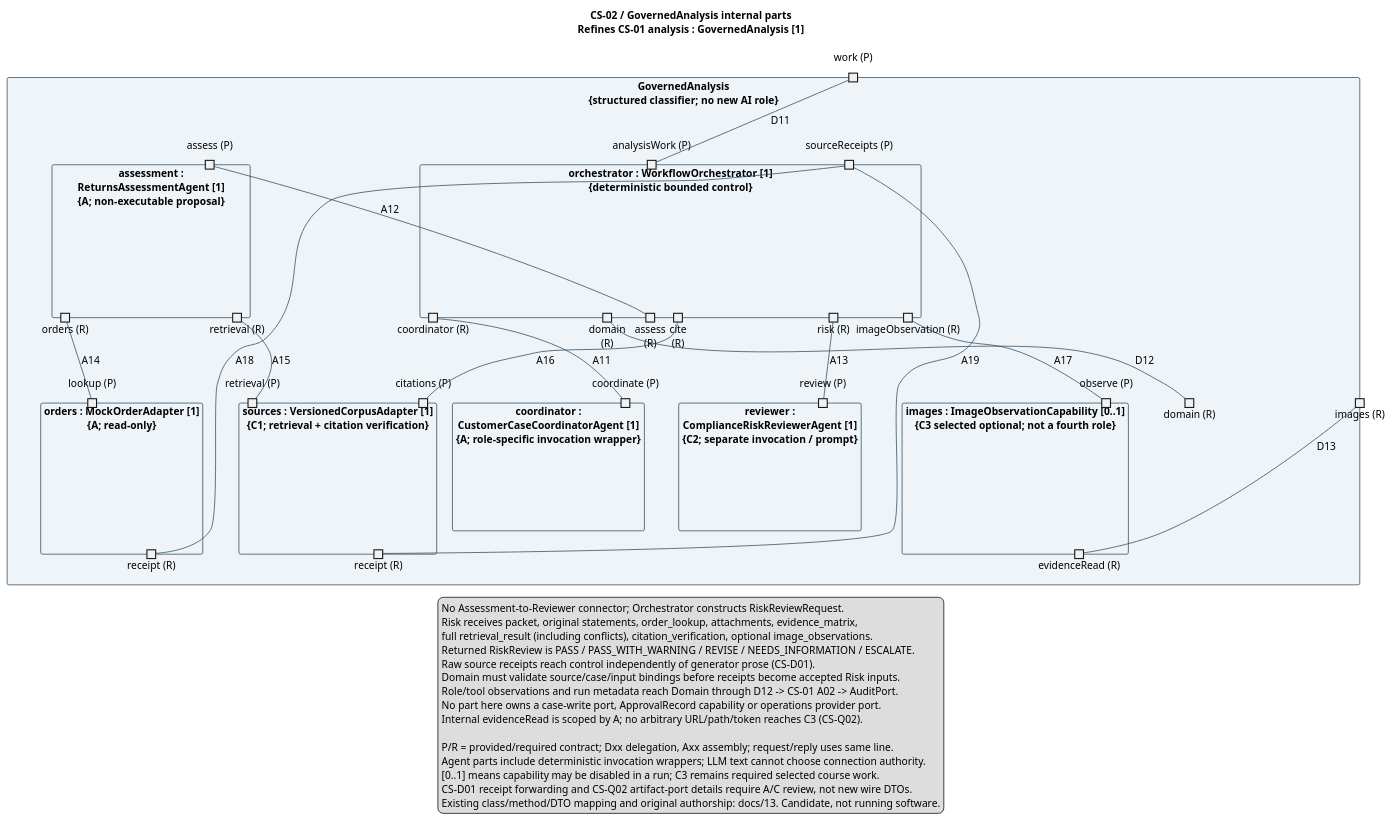
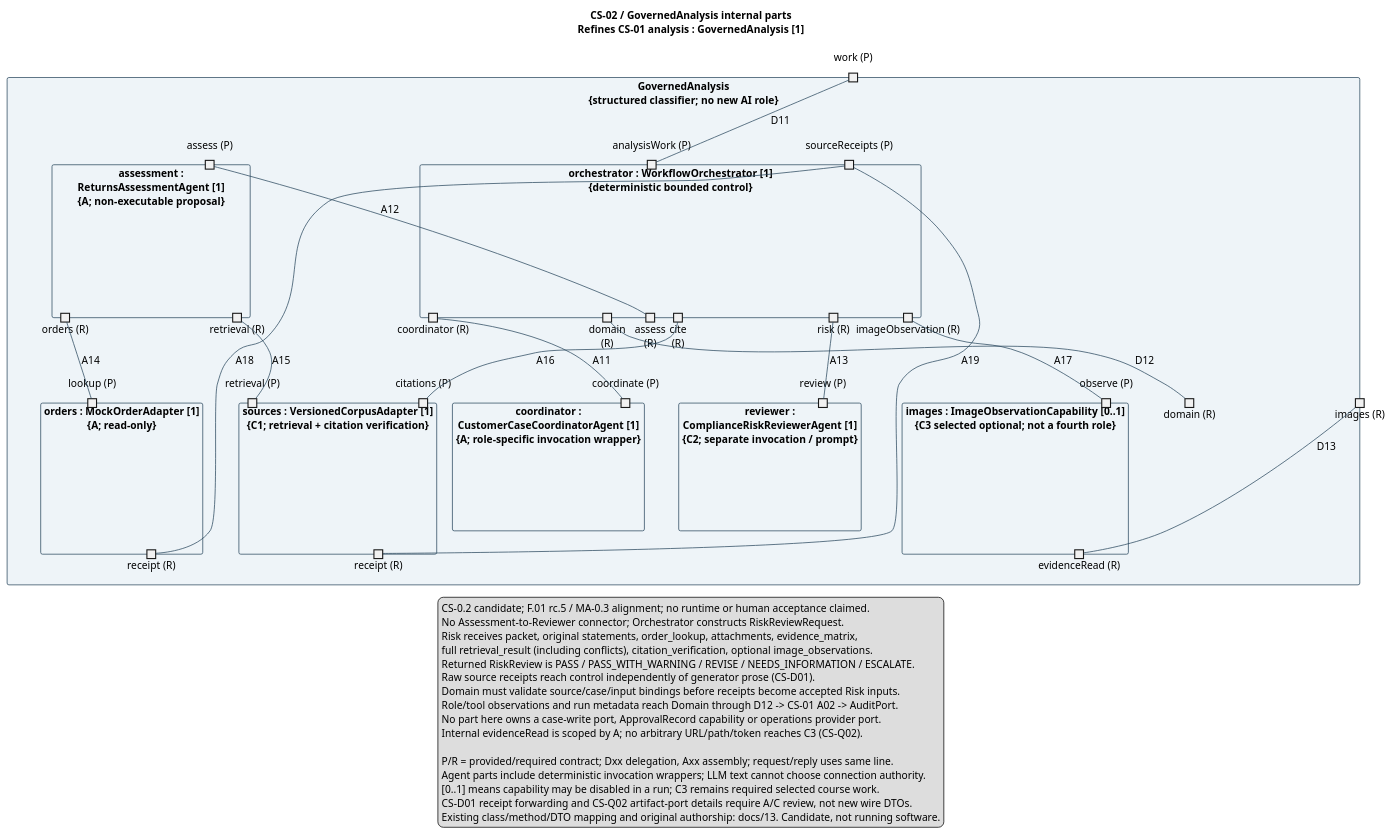
One commit to shuxiachai/returnops-au changed the diagram in docs/diagrams/shared/governed-analysis-composite.puml. Above: the diagram before and after it, drawn with PlantUML. The commit also changed 52 other files, not shown here.

```diff
--- a/docs/diagrams/shared/governed-analysis-composite.puml
+++ b/docs/diagrams/shared/governed-analysis-composite.puml
@@ -1,85 +1,86 @@
 @startuml
 title CS-02 / GovernedAnalysis internal parts\nRefines CS-01 analysis : GovernedAnalysis [1]
 skinparam componentStyle rectangle
 skinparam defaultFontName SansSerif
 skinparam defaultFontSize 14
 skinparam shadowing false
 skinparam componentBackgroundColor #EEF4F8
 skinparam componentBorderColor #27465B
 skinparam ArrowColor #27465B
 skinparam noteBackgroundColor #FFF5D9
 skinparam nodesep 90
 skinparam ranksep 60
 
 component "GovernedAnalysis\n{structured classifier; no new AI role}" as Analysis {
   portin "work (P)" as AN_WORK
   portout "domain (R)" as AN_DOMAIN
   portout "images (R)" as AN_IMAGES
 
   component "orchestrator : WorkflowOrchestrator [1]\n{deterministic bounded control}" as Orch {
     portin "analysisWork (P)" as OR_WORK
     portout "domain\n(R)" as OR_DOMAIN
     portout "coordinator (R)" as OR_COORD
     portout "assess\n(R)" as OR_ASSESS
     portout "risk (R)" as OR_RISK
     portout "cite\n(R)" as OR_CITE
     portout "imageObservation (R)" as OR_IMAGE
     portin "sourceReceipts (P)" as OR_RECEIPTS
   }
   component "coordinator :\nCustomerCaseCoordinatorAgent [1]\n{A; role-specific invocation wrapper}" as Coordinator {
     portin "coordinate (P)" as CO_CALL
   }
   component "assessment :\nReturnsAssessmentAgent [1]\n{A; non-executable proposal}" as Assessment {
     portin "assess (P)" as AS_CALL
     portout "orders (R)" as AS_ORDER
     portout "retrieval (R)" as AS_RETR
   }
   component "reviewer :\nComplianceRiskReviewerAgent [1]\n{C2; separate invocation / prompt}" as Risk {
     portin "review (P)" as RI_CALL
   }
   component "orders : MockOrderAdapter [1]\n{A; read-only}" as Order {
     portin "lookup (P)" as OD_LOOKUP
     portout "receipt (R)" as OD_RECEIPT
   }
   component "sources : VersionedCorpusAdapter [1]\n{C1; retrieval + citation verification}" as Sources {
     portin "retrieval (P)" as SO_RETR
     portin "citations (P)" as SO_CITE
     portout "receipt (R)" as SO_RECEIPT
   }
   component "images : ImageObservationCapability [0..1]\n{C3 selected optional; not a fourth role}" as ImageObs {
     portin "observe (P)" as IM_CALL
     portout "evidenceRead (R)" as IM_READ
   }
 }
 
 AN_WORK -- OR_WORK : D11
 OR_DOMAIN -- AN_DOMAIN : D12
 IM_READ -- AN_IMAGES : D13
 OR_COORD -- CO_CALL : A11
 OR_ASSESS -- AS_CALL : A12
 OR_RISK -- RI_CALL : A13
 AS_ORDER -- OD_LOOKUP : A14
 AS_RETR -- SO_RETR : A15
 OR_CITE -- SO_CITE : A16
 OR_IMAGE -- IM_CALL : A17
 OD_RECEIPT -- OR_RECEIPTS : A18
 SO_RECEIPT -- OR_RECEIPTS : A19
 
 legend bottom
+  CS-0.2 candidate; F.01 rc.5 / MA-0.3 alignment; no runtime or human acceptance claimed.
   No Assessment-to-Reviewer connector; Orchestrator constructs RiskReviewRequest.
   Risk receives packet, original statements, order_lookup, attachments, evidence_matrix,
   full retrieval_result (including conflicts), citation_verification, optional image_observations.
   Returned RiskReview is PASS / PASS_WITH_WARNING / REVISE / NEEDS_INFORMATION / ESCALATE.
   Raw source receipts reach control independently of generator prose (CS-D01).
   Domain must validate source/case/input bindings before receipts become accepted Risk inputs.
   Role/tool observations and run metadata reach Domain through D12 -> CS-01 A02 -> AuditPort.
   No part here owns a case-write port, ApprovalRecord capability or operations provider port.
   Internal evidenceRead is scoped by A; no arbitrary URL/path/token reaches C3 (CS-Q02).
 
   P/R = provided/required contract; Dxx delegation, Axx assembly; request/reply uses same line.
   Agent parts include deterministic invocation wrappers; LLM text cannot choose connection authority.
   [0..1] means capability may be disabled in a run; C3 remains required selected course work.
   CS-D01 receipt forwarding and CS-Q02 artifact-port details require A/C review, not new wire DTOs.
   Existing class/method/DTO mapping and original authorship: docs/13. Candidate, not running software.
 endlegend
 @enduml
```
